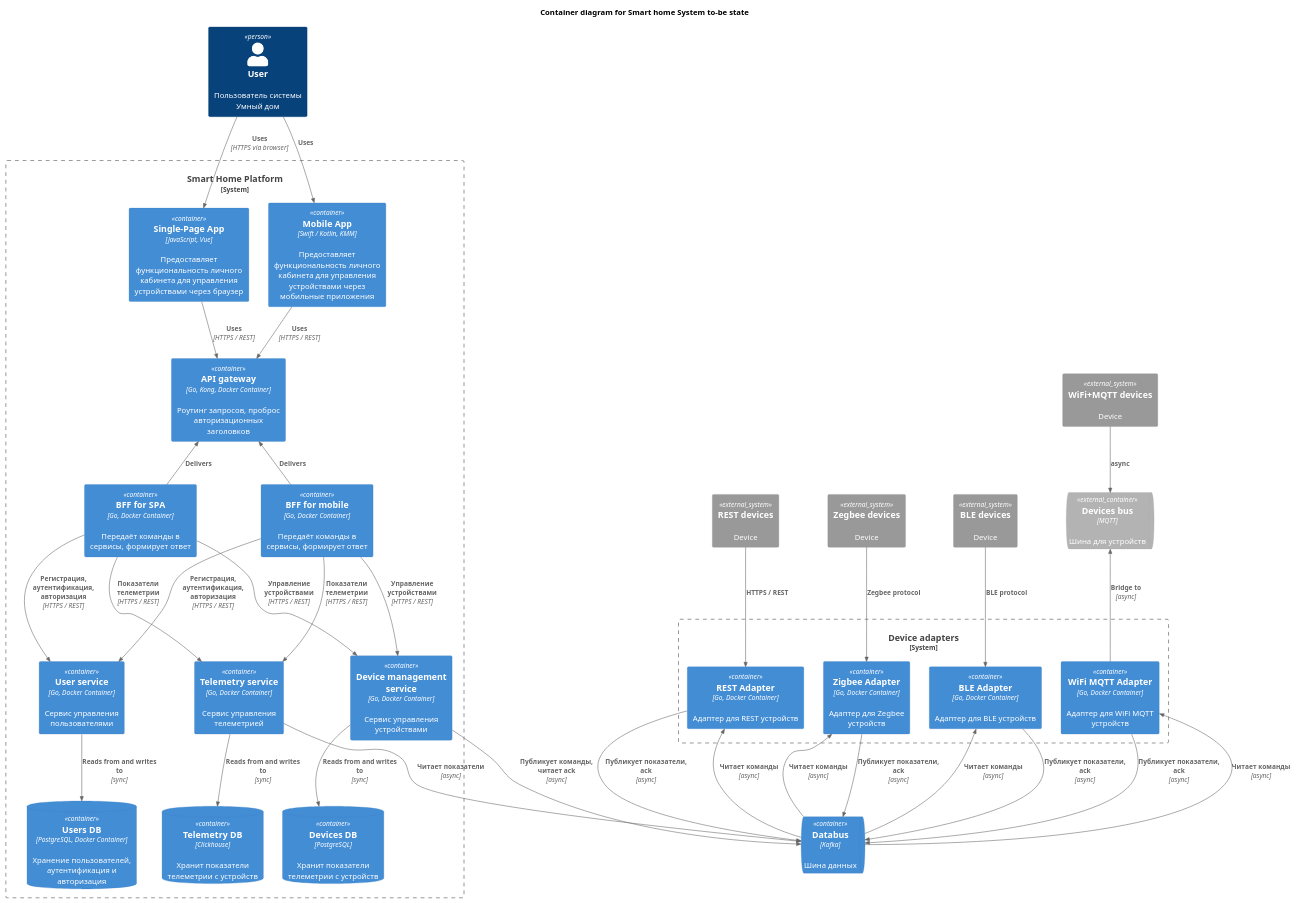
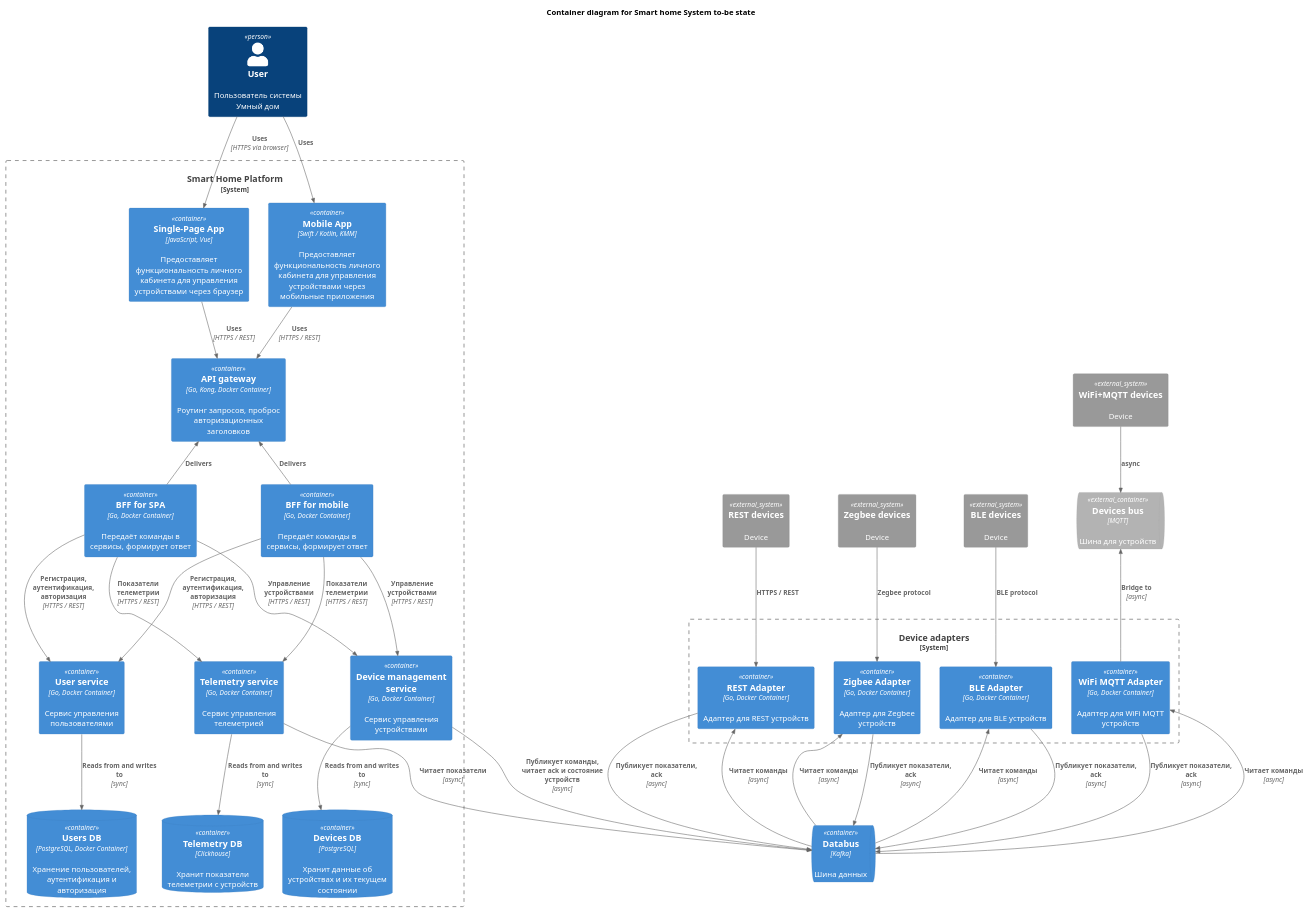
One commit to iubondar/arch-pro-warmhouse changed the diagram in apps/docs/docs/architecture/C4_container.puml. Above: the diagram before and after it, drawn with PlantUML. The commit also changed 5 other files, not shown here.

Commit message:
Add component diagram for devices service

```diff
--- a/apps/docs/docs/architecture/C4_container.puml
+++ b/apps/docs/docs/architecture/C4_container.puml
@@ -1,92 +1,92 @@
 @startuml Microservices C4 Container
 !include https://raw.githubusercontent.com/plantuml-stdlib/C4-PlantUML/master/C4_Container.puml
 
 LAYOUT_TOP_DOWN()
 
 title Container diagram for Smart home System to-be state
 
 Person(user, User, "Пользователь системы Умный дом")
 
 System_Boundary(c1, "Smart Home Platform") {
     ' Интерфейс
     Container(spa, "Single-Page App", "JavaScript, Vue", "Предоставляет функциональность личного кабинета для управления устройствами через браузер")
     Container(mobile_app, "Mobile App", "Swift / Kotlin, KMM", "Предоставляет функциональность личного кабинета для управления устройствами через мобильные приложения")
     ' API gateway
     Container(api_gateway, "API gateway", "Go, Kong, Docker Container", "Роутинг запросов, проброс авторизационных заголовков")
     ' Backend-for-frontend
     Container(spa_BFF, "BFF for SPA", "Go, Docker Container", "Передаёт команды в сервисы, формирует ответ")
     Container(mobile_BFF, "BFF for mobile", "Go, Docker Container", "Передаёт команды в сервисы, формирует ответ")
     ' Core-сервисы
     Container(user_service, "User service", "Go, Docker Container", "Сервис управления пользователями")
     ContainerDb(user_db, "Users DB", "PostgreSQL, Docker Container", "Хранение пользователей, аутентификация и авторизация")
     Container(telemetry_service, "Telemetry service", "Go, Docker Container", "Сервис управления телеметрией")
     ContainerDb(telemetry_db, "Telemetry DB", "Clickhouse", "Хранит показатели телеметрии с устройств")
     Container(devices_service, "Device management service", "Go, Docker Container", "Сервис управления устройствами")
-    ContainerDb(devices_db, "Devices DB", "PostgreSQL", "Хранит показатели телеметрии с устройств")
+    ContainerDb(devices_db, "Devices DB", "PostgreSQL", "Хранит данные об устройствах и их текущем состоянии")
 }
 
 ' Шина данных
 ContainerQueue(databus, "Databus", "Kafka", "Шина данных")
 
 ' Слой адаптеров
 System_Boundary(c2, "Device adapters") {
     Container(adapter_zb, "Zigbee Adapter", "Go, Docker Container", "Адаптер для Zegbee устройств")
     Container(adapter_ble, "BLE Adapter", "Go, Docker Container", "Адаптер для BLE устройств")
     Container(adapter_rest, "REST Adapter", "Go, Docker Container", "Адаптер для REST устройств")
     Container(adapter_mqtt, "WiFi MQTT Adapter", "Go, Docker Container", "Адаптер для WiFi MQTT устройств")
 }
 
 ' Устройства
 System_Ext(devices_zb, "Zegbee devices", "Device")
 System_Ext(devices_ble, "BLE devices", "Device")
 System_Ext(devices_rest, "REST devices", "Device")
 System_Ext(devices_mqtt, "WiFi+MQTT devices", "Device")
 
 ContainerQueue_Ext(mqtt, "Devices bus", "MQTT", "Шина для устройств")
 
 ' --- Связи ---
 ' Пользователь
 Rel(user, spa, "Uses", "HTTPS via browser")
 Rel(user, mobile_app, "Uses")
 
 ' Frontend
 Rel(spa, api_gateway, "Uses", "HTTPS / REST")
 Rel(mobile_app, api_gateway, "Uses", "HTTPS / REST")
 
 ' BFF
 Rel_Back(api_gateway, spa_BFF, "Delivers")
 Rel_Back(api_gateway, mobile_BFF, "Delivers")
 
 Rel(spa_BFF, user_service, "Регистрация, аутентификация, авторизация", "HTTPS / REST")
 Rel(spa_BFF, telemetry_service, "Показатели телеметрии", "HTTPS / REST")
 Rel(spa_BFF, devices_service, "Управление устройствами", "HTTPS / REST")
 Rel(mobile_BFF, user_service, "Регистрация, аутентификация, авторизация", "HTTPS / REST")
 Rel(mobile_BFF, telemetry_service, "Показатели телеметрии", "HTTPS / REST")
 Rel(mobile_BFF, devices_service, "Управление устройствами", "HTTPS / REST")
 
 ' Базы данных
 Rel(user_service, user_db, "Reads from and writes to", "sync")
 Rel(telemetry_service, telemetry_db, "Reads from and writes to", "sync")
 Rel(devices_service, devices_db, "Reads from and writes to", "sync")
 
 ' Шина
 Rel(telemetry_service, databus, "Читает показатели", "async")
-Rel(devices_service, databus, "Публикует команды, читает ack", "async")
+Rel(devices_service, databus, "Публикует команды, читает ack и состояние устройств", "async")
 
 Rel(adapter_zb, databus, "Публикует показатели, ack", "async")
 Rel_Back(adapter_zb, databus, "Читает команды", "async")
 Rel(adapter_ble, databus, "Публикует показатели, ack", "async")
 Rel_Back(adapter_ble, databus, "Читает команды", "async")
 Rel(adapter_rest, databus, "Публикует показатели, ack", "async")
 Rel_Back(adapter_rest, databus, "Читает команды", "async")
 Rel(adapter_mqtt, databus, "Публикует показатели, ack", "async")
 Rel_Back(adapter_mqtt, databus, "Читает команды", "async")
 
 ' Устройства
 Rel(devices_zb, adapter_zb, "Zegbee protocol")
 Rel(devices_ble, adapter_ble, "BLE protocol")
 Rel(devices_rest, adapter_rest, "HTTPS / REST")
 Rel(devices_mqtt, mqtt, "async")
 Rel_Back(mqtt, adapter_mqtt, "Bridge to", "async")
 
 @enduml
```
